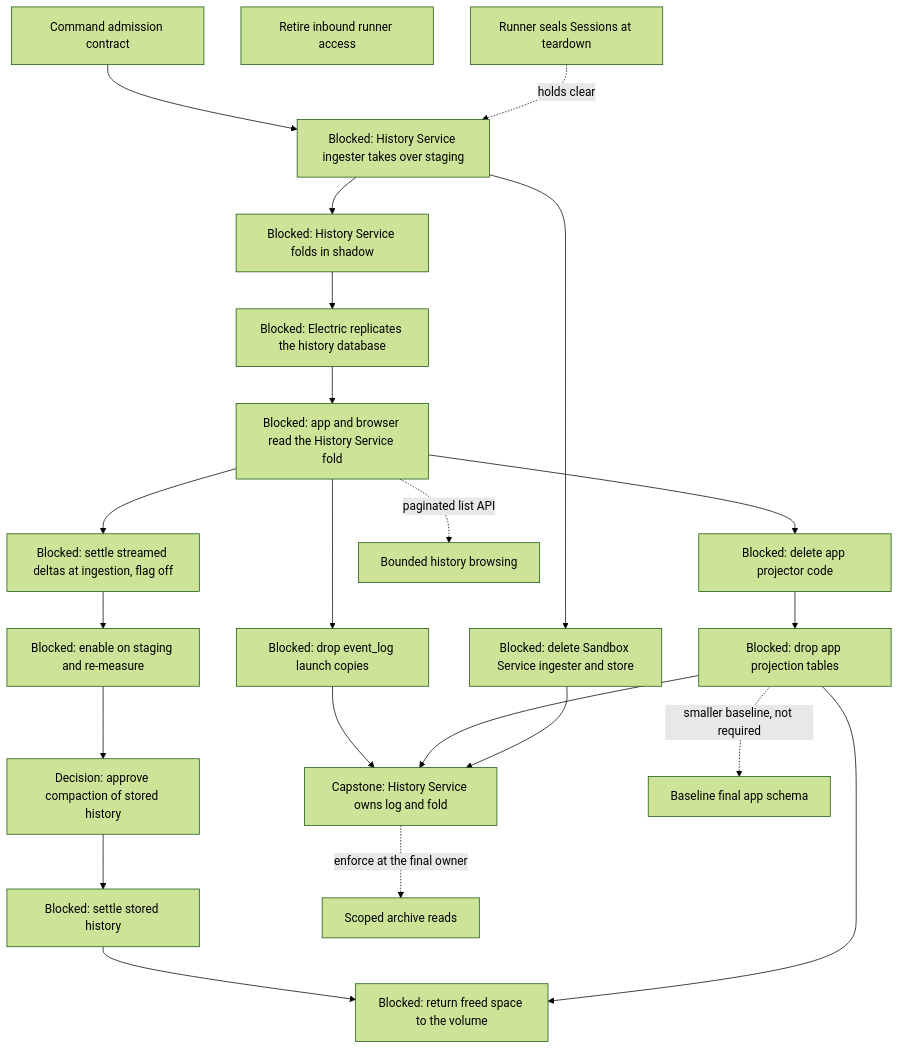
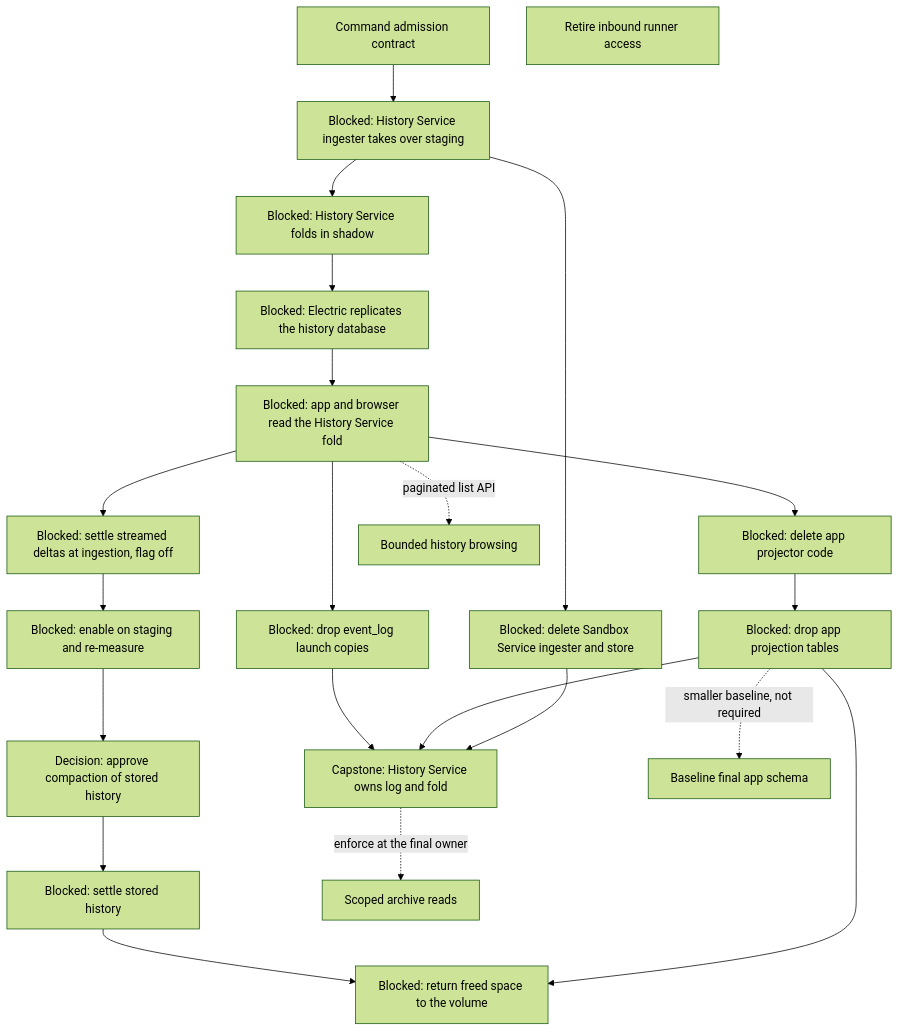
One commit to agentydragon-agent/ducktape changed the eighth of 10 diagrams in agentplane/plans/task_dag.md. Above: the diagram before and after it, drawn with Mermaid (forest theme). The commit also changed other lines of this file and 28 other files, not shown here.

````diff
--- a/agentplane/plans/task_dag.md
+++ b/agentplane/plans/task_dag.md
@@ -686,43 +675,42 @@
 ```mermaid
 flowchart TD
     SESSION_COMMAND_CONTRACT[Command admission contract]
     HISTORY_WRITE_HANDOFF[Blocked: History Service ingester takes over staging]
     SANDBOX_LOCAL_HISTORY_RETIRE[Blocked: delete Sandbox Service ingester and store]
     FOLD_SHADOW[Blocked: History Service folds in shadow]
     ELECTRIC_HISTORY_SOURCE[Blocked: Electric replicates the history database]
     FOLD_READ_CUTOVER[Blocked: app and browser read the History Service fold]
     APP_PROJECTOR_RETIRE[Blocked: delete app projector code]
     APP_PROJECTION_RETIRE[Blocked: drop app projection tables]
     APP_EVENT_LOG_COPIES_RETIRE[Blocked: drop event_log launch copies]
     HISTORY_SERVICE_OWNERSHIP[Capstone: History Service owns log and fold]
     SESSION_EVENT_RETENTION[Blocked: settle streamed deltas at ingestion, flag off]
     SESSION_EVENT_RETENTION_ENABLE[Blocked: enable on staging and re-measure]
     SESSION_EVENT_COMPACTION_PLAN[Decision: approve compaction of stored history]
     SESSION_EVENT_COMPACTION[Blocked: settle stored history]
     HISTORY_REPACK[Blocked: return freed space to the volume]
     APP_ALEMBIC_SQUASH[Baseline final app schema]
     THREAD_BROWSE_PAGINATE[Bounded history browsing]
     THREAD_READ_POLICY[Scoped archive reads]
     RUNNER_INBOUND_RETIRE[Retire inbound runner access]
     SESSION_COMMAND_CONTRACT --> HISTORY_WRITE_HANDOFF
-    RUNNER_TEARDOWN_SEAL[Runner seals Sessions at teardown] -. holds clear .-> HISTORY_WRITE_HANDOFF
     HISTORY_WRITE_HANDOFF --> SANDBOX_LOCAL_HISTORY_RETIRE
     HISTORY_WRITE_HANDOFF --> FOLD_SHADOW
     FOLD_SHADOW --> ELECTRIC_HISTORY_SOURCE
     FOLD_READ_CUTOVER -. paginated list API .-> THREAD_BROWSE_PAGINATE
     ELECTRIC_HISTORY_SOURCE --> FOLD_READ_CUTOVER
     FOLD_READ_CUTOVER --> APP_PROJECTOR_RETIRE
     APP_PROJECTOR_RETIRE --> APP_PROJECTION_RETIRE
     FOLD_READ_CUTOVER --> APP_EVENT_LOG_COPIES_RETIRE
     APP_EVENT_LOG_COPIES_RETIRE --> HISTORY_SERVICE_OWNERSHIP
     APP_PROJECTION_RETIRE --> HISTORY_SERVICE_OWNERSHIP
     SANDBOX_LOCAL_HISTORY_RETIRE --> HISTORY_SERVICE_OWNERSHIP
     FOLD_READ_CUTOVER --> SESSION_EVENT_RETENTION
     SESSION_EVENT_RETENTION --> SESSION_EVENT_RETENTION_ENABLE
     SESSION_EVENT_RETENTION_ENABLE --> SESSION_EVENT_COMPACTION_PLAN
     SESSION_EVENT_COMPACTION_PLAN --> SESSION_EVENT_COMPACTION
     SESSION_EVENT_COMPACTION --> HISTORY_REPACK
     APP_PROJECTION_RETIRE --> HISTORY_REPACK
     APP_PROJECTION_RETIRE -. smaller baseline, not required .-> APP_ALEMBIC_SQUASH
     HISTORY_SERVICE_OWNERSHIP -. enforce at the final owner .-> THREAD_READ_POLICY
 ```
````
